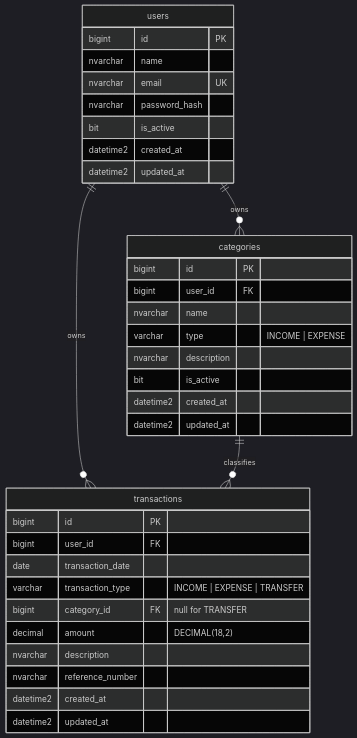
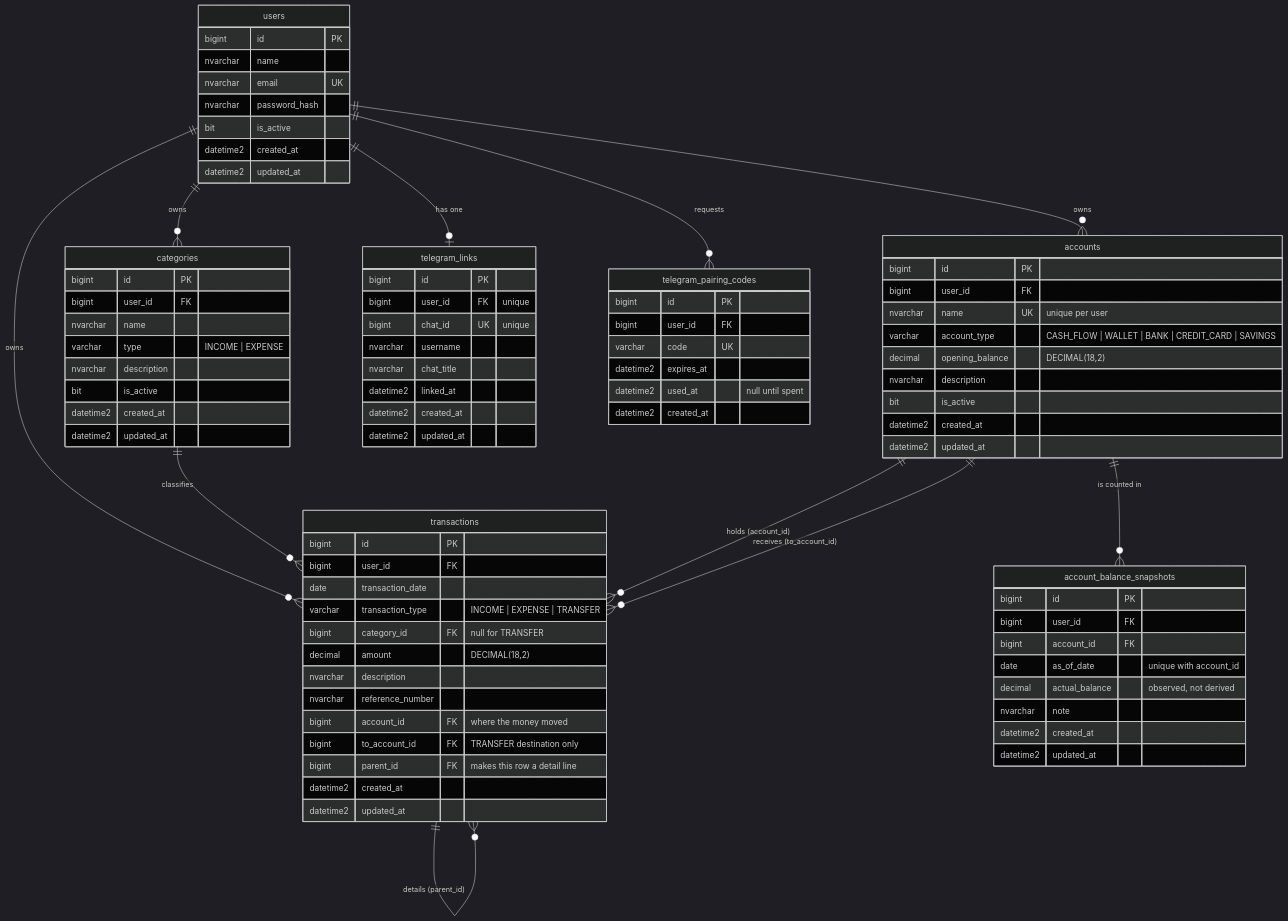
Before and after one commit to rezanii/tracking-cashflow: the diagram in README.md, drawn with Mermaid (dark theme). The commit also changed other lines of this file and 56 other files, not shown here.

````diff
--- a/README.md
+++ b/README.md
@@ -92,7 +92,14 @@
 erDiagram
     users ||--o{ categories : owns
     users ||--o{ transactions : owns
+    users ||--o{ accounts : owns
+    users ||--o| telegram_links : "has one"
+    users ||--o{ telegram_pairing_codes : requests
     categories ||--o{ transactions : classifies
+    accounts ||--o{ transactions : "holds (account_id)"
+    accounts ||--o{ transactions : "receives (to_account_id)"
+    accounts ||--o{ account_balance_snapshots : "is counted in"
+    transactions ||--o{ transactions : "details (parent_id)"
 
     users {
         bigint id PK
@@ -124,7 +131,53 @@
         decimal amount "DECIMAL(18,2)"
         nvarchar description
         nvarchar reference_number
+        bigint account_id FK "where the money moved"
+        bigint to_account_id FK "TRANSFER destination only"
+        bigint parent_id FK "makes this row a detail line"
         datetime2 created_at
         datetime2 updated_at
     }
+
+    accounts {
+        bigint id PK
+        bigint user_id FK
+        nvarchar name UK "unique per user"
+        varchar account_type "CASH_FLOW | WALLET | BANK | CREDIT_CARD | SAVINGS"
+        decimal opening_balance "DECIMAL(18,2)"
+        nvarchar description
+        bit is_active
+        datetime2 created_at
+        datetime2 updated_at
+    }
+
+    account_balance_snapshots {
+        bigint id PK
+        bigint user_id FK
+        bigint account_id FK
+        date as_of_date "unique with account_id"
+        decimal actual_balance "observed, not derived"
+        nvarchar note
+        datetime2 created_at
+        datetime2 updated_at
+    }
+
+    telegram_links {
+        bigint id PK
+        bigint user_id FK "unique"
+        bigint chat_id UK "unique"
+        nvarchar username
+        nvarchar chat_title
+        datetime2 linked_at
+        datetime2 created_at
+        datetime2 updated_at
+    }
+
+    telegram_pairing_codes {
+        bigint id PK
+        bigint user_id FK
+        varchar code UK
+        datetime2 expires_at
+        datetime2 used_at "null until spent"
+        datetime2 created_at
+    }
 ```
````
